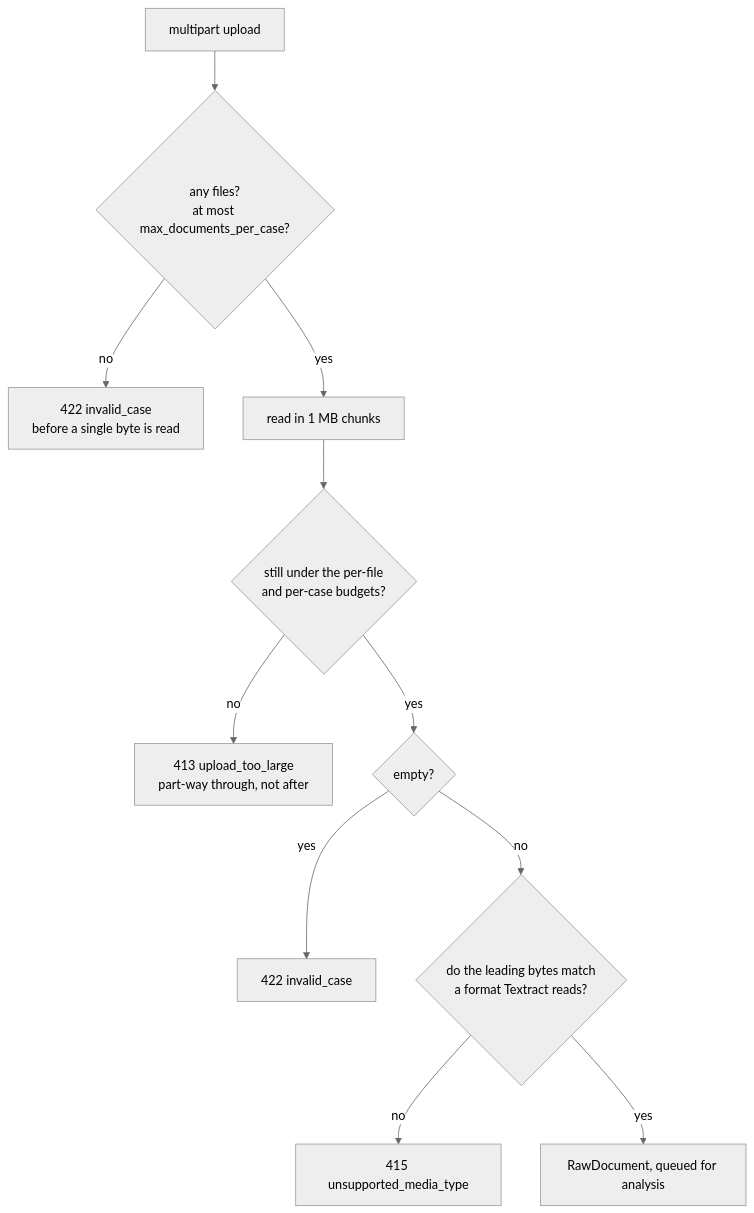
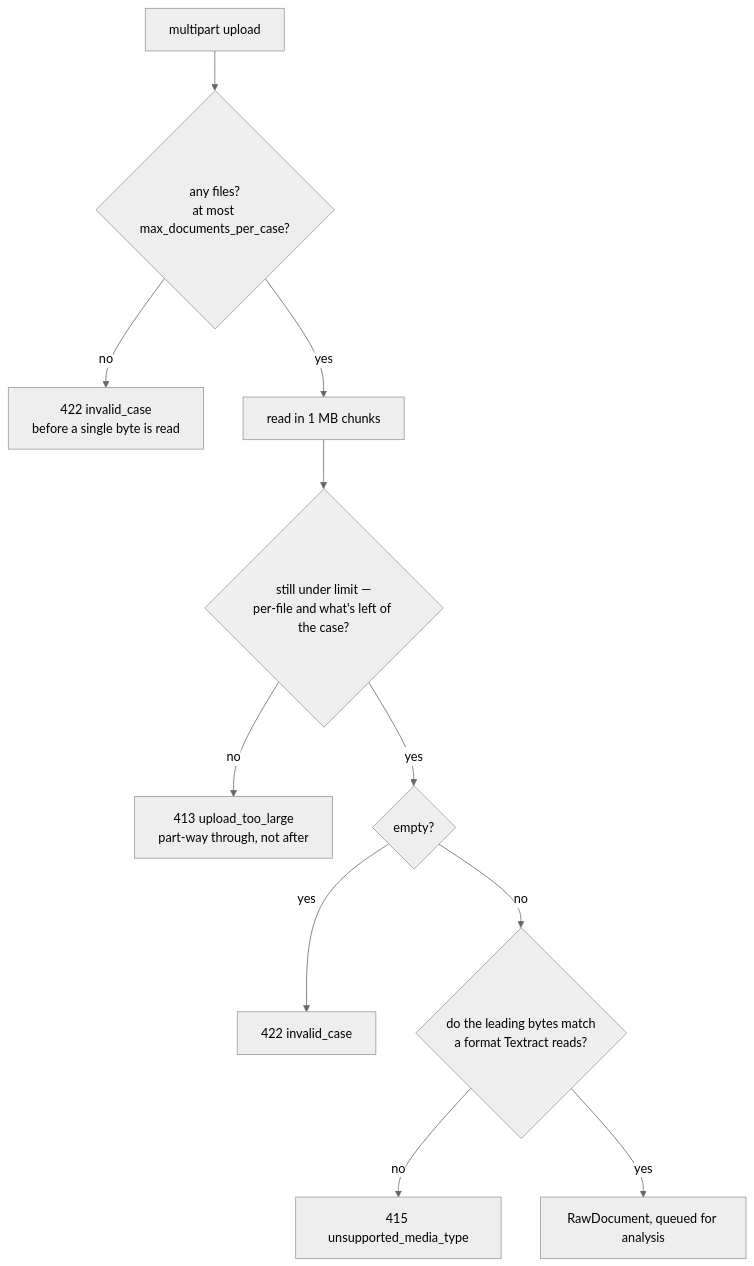
One commit to selvakumarperumal/Trade_Finance_Doc_Mismatch_Detector changed the third of 5 diagrams in backend/Detector/api/README.md. Above: the diagram before and after it, drawn with Mermaid (neutral theme). The commit also changed other lines of this file and 30 other files, not shown here.

````diff
--- a/backend/Detector/api/README.md
+++ b/backend/Detector/api/README.md
@@ -113,13 +138,13 @@
 ```mermaid
 flowchart TD
     U["multipart upload"] --> C1{"any files?<br/>at most max_documents_per_case?"}
     C1 -->|no| E1["422 invalid_case<br/>before a single byte is read"]
     C1 -->|yes| RD["read in 1 MB chunks"]
-    RD --> C2{"still under the per-file<br/>and per-case budgets?"}
+    RD --> C2{"still under limit —<br/>per-file and what's left of the case?"}
     C2 -->|no| E2["413 upload_too_large<br/>part-way through, not after"]
     C2 -->|yes| C3{"empty?"}
     C3 -->|yes| E3["422 invalid_case"]
     C3 -->|no| C4{"do the leading bytes match<br/>a format Textract reads?"}
     C4 -->|no| E4["415 unsupported_media_type"]
     C4 -->|yes| OK["RawDocument, queued for analysis"]
 ```
````
